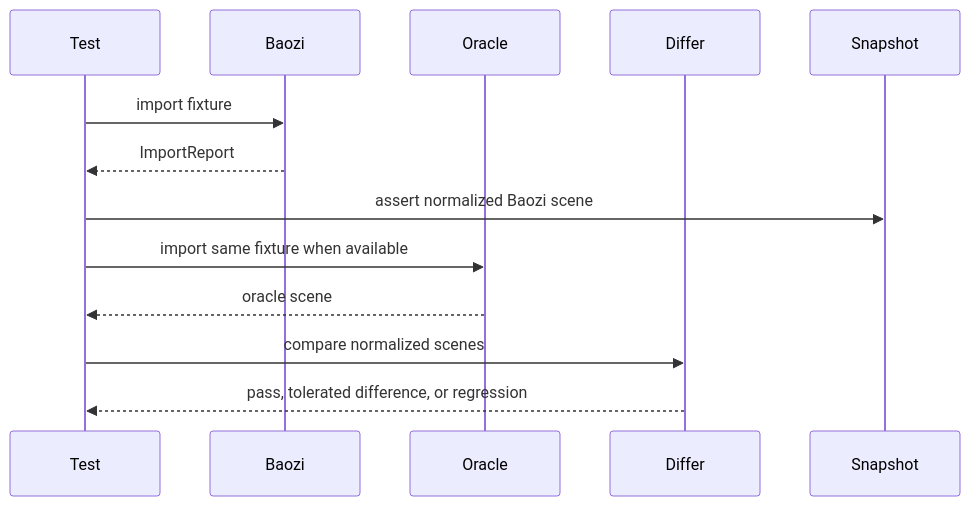
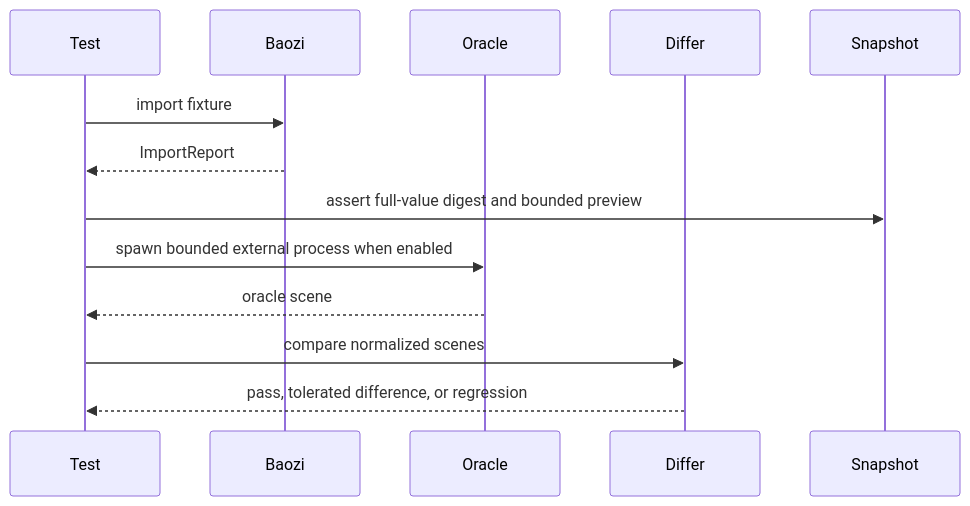
The second of 2 diagrams in docs/adr/0005-testing-fuzzing-and-differential-oracle-strategy.md (Latias94/baozi), drawn with Mermaid before and after one commit. The commit also changed other lines of this file and 978 other files, not shown here.

First line of the commit message:
refactor: deliver typed scene workflows and bounded imports (#3)

````diff
--- a/docs/adr/0005-testing-fuzzing-and-differential-oracle-strategy.md
+++ b/docs/adr/0005-testing-fuzzing-and-differential-oracle-strategy.md
@@ -70,16 +96,16 @@
 ```mermaid
 sequenceDiagram
     participant Test
     participant Baozi
     participant Oracle
     participant Differ
     participant Snapshot
 
     Test->>Baozi: import fixture
     Baozi-->>Test: ImportReport
-    Test->>Snapshot: assert normalized Baozi scene
-    Test->>Oracle: import same fixture when available
+    Test->>Snapshot: assert full-value digest and bounded preview
+    Test->>Oracle: spawn bounded external process when enabled
     Oracle-->>Test: oracle scene
     Test->>Differ: compare normalized scenes
     Differ-->>Test: pass, tolerated difference, or regression
 ```
````
